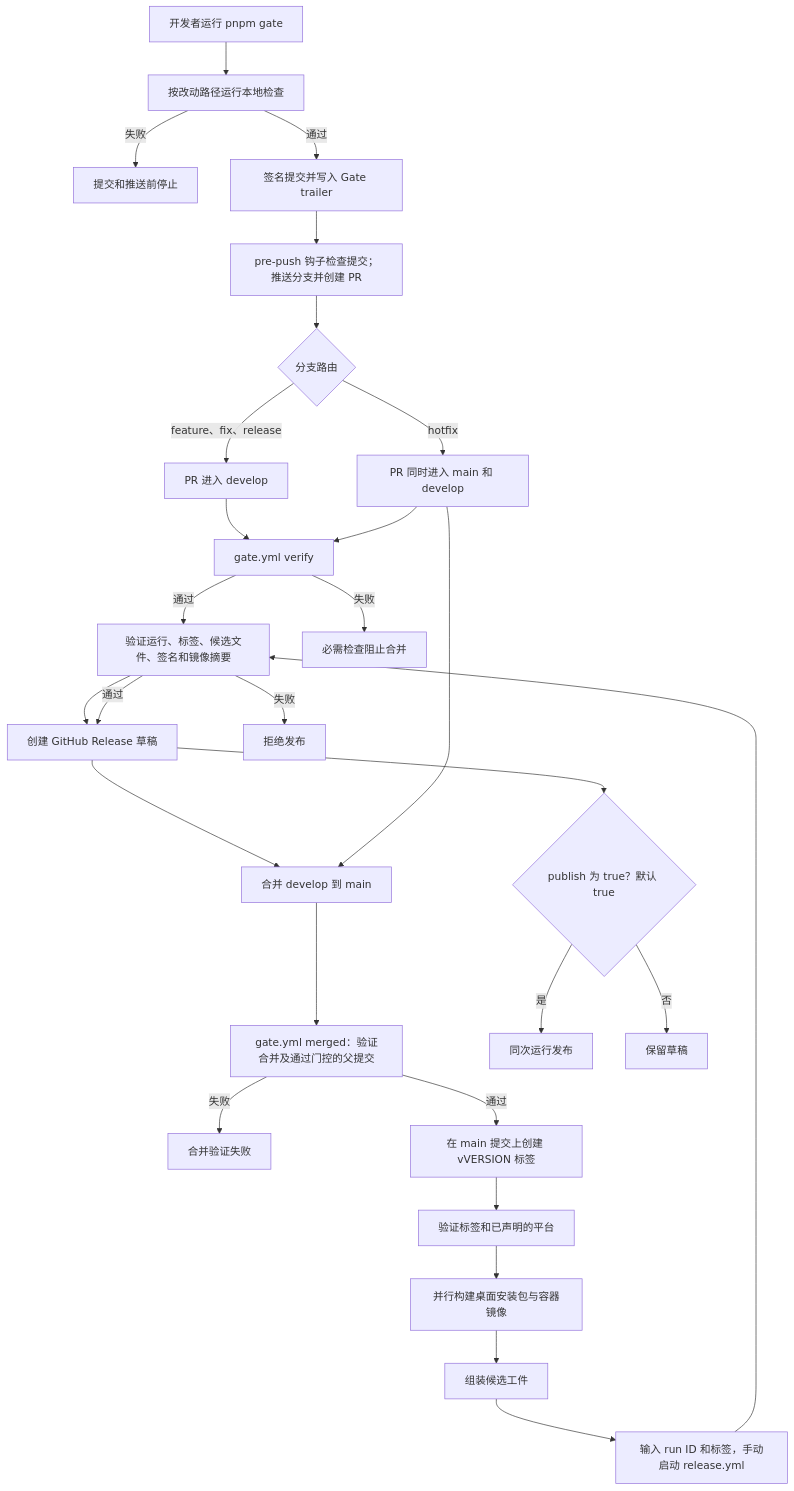
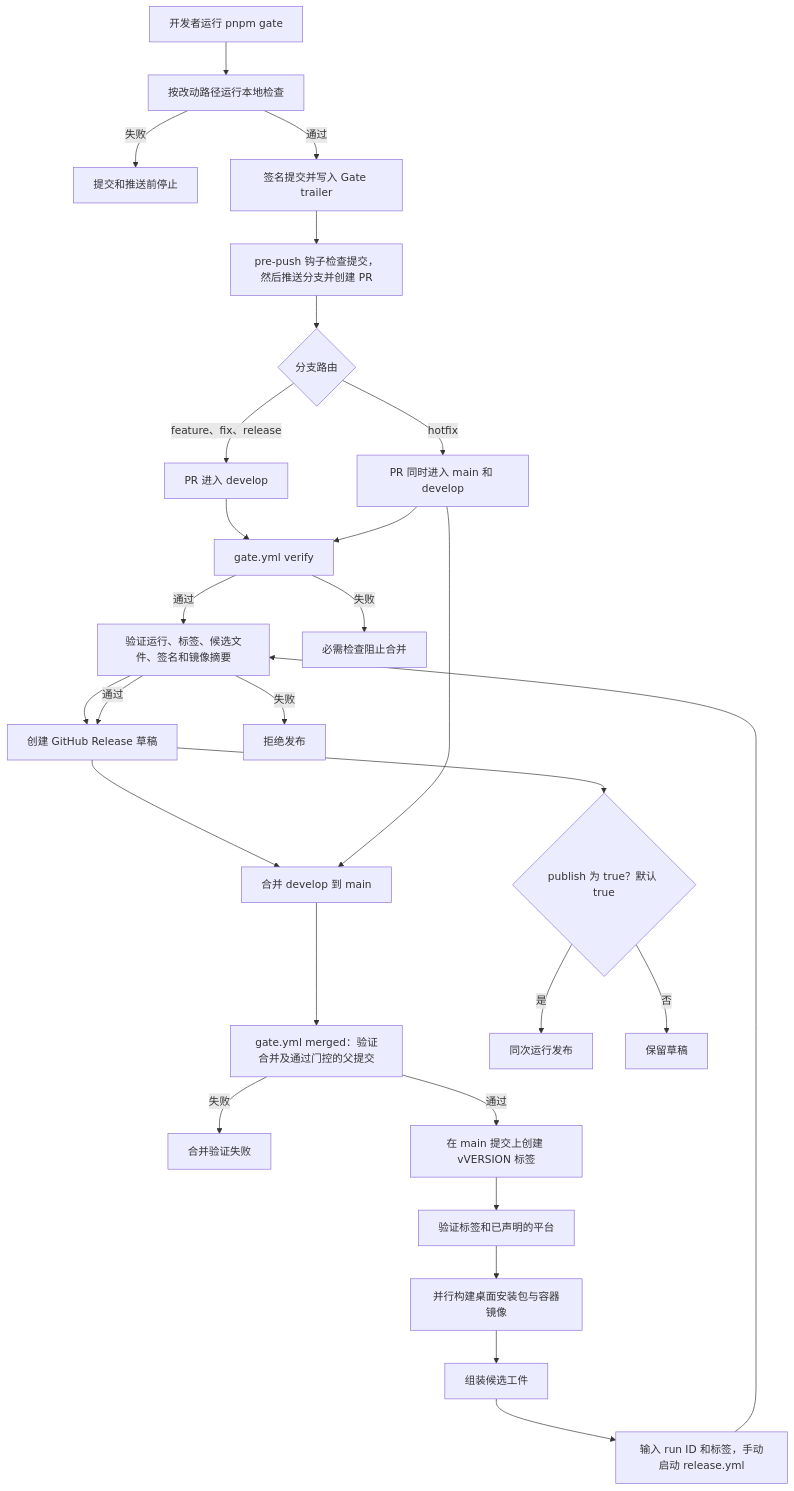
Before and after one commit to Yuqi-666/dBrain: the diagram in docs/zh/ci-cd.md, drawn with Mermaid. The commit also changed other lines of this file and 10 other files, not shown here.

````diff
--- a/docs/zh/ci-cd.md
+++ b/docs/zh/ci-cd.md
@@ -17,30 +17,30 @@
 ```mermaid
 flowchart TD
     A["开发者运行 pnpm gate"] --> B["按改动路径运行本地检查"]
     B -->|失败| X["提交和推送前停止"]
     B -->|通过| C["签名提交并写入 Gate trailer"]
-    C --> D["pre-push 钩子检查提交；推送分支并创建 PR"]
+    C --> D["pre-push 钩子检查提交，然后推送分支并创建 PR"]
     D --> E{"分支路由"}
     E -->|feature、fix、release| E1["PR 进入 develop"]
     E -->|hotfix| E2["PR 同时进入 main 和 develop"]
     E1 --> V["gate.yml verify"]
     E2 --> V
     V -->|通过| P["合并到 develop"]
     P --> R["在 develop 运行 pnpm gate，确认平台并创建晋升 PR"]
     R --> F["合并 develop 到 main"]
     E2 --> F
     V -->|失败| Y["必需检查阻止合并"]
     F --> G["gate.yml merged：验证合并及通过门控的父提交"]
     G -->|失败| Z["合并验证失败"]
     G -->|通过| J["在 main 提交上创建 vVERSION 标签"]
     J --> K["验证标签和已声明的平台"]
     K --> L["并行构建桌面安装包与容器镜像"]
     L --> M["组装候选工件"]
     M --> O["输入 run ID 和标签，手动启动 release.yml"]
     O --> P["验证运行、标签、候选文件、签名和镜像摘要"]
     P -->|失败| Q["拒绝发布"]
     P -->|通过| R["创建 GitHub Release 草稿"]
     R --> S{"publish 为 true？默认 true"}
     S -->|是| T["同次运行发布"]
     S -->|否| U["保留草稿"]
 ```
````
